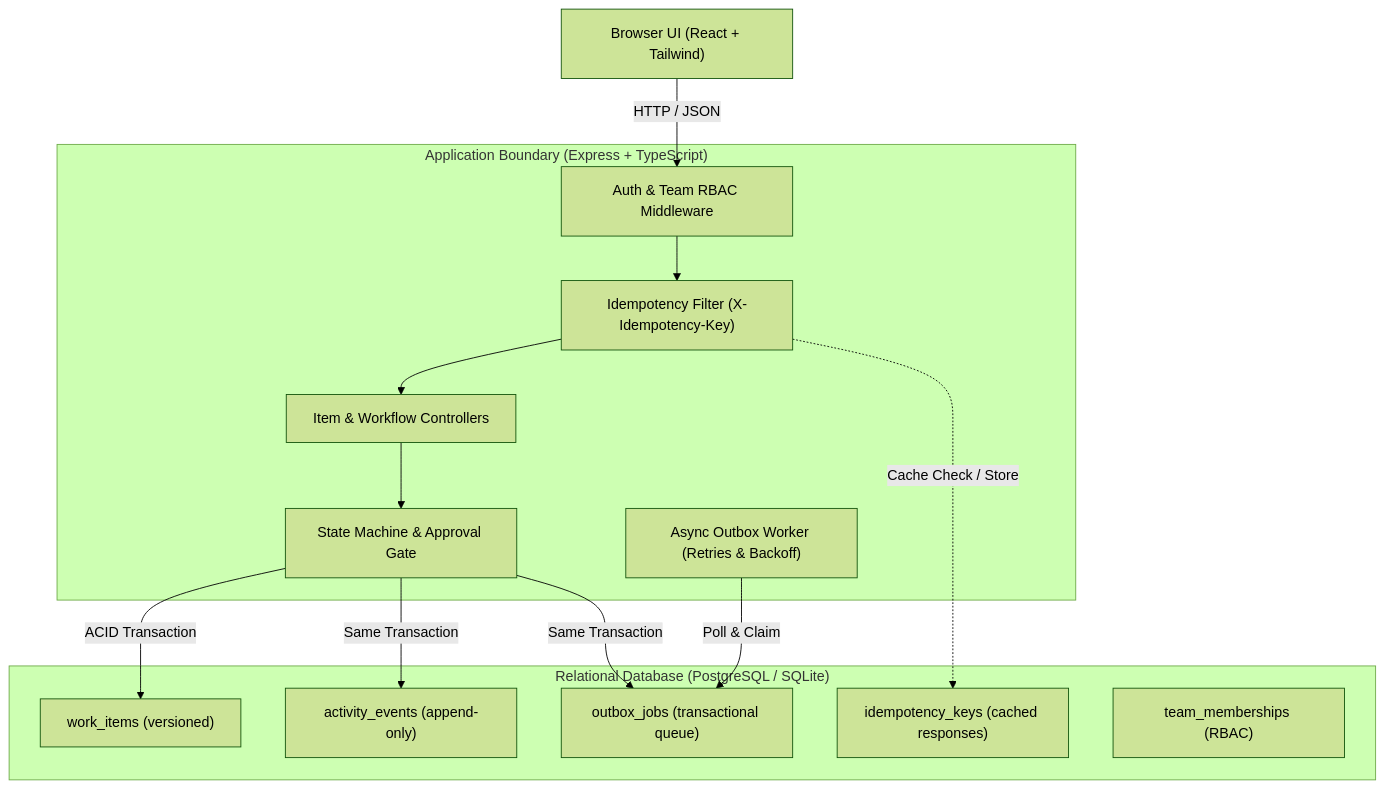
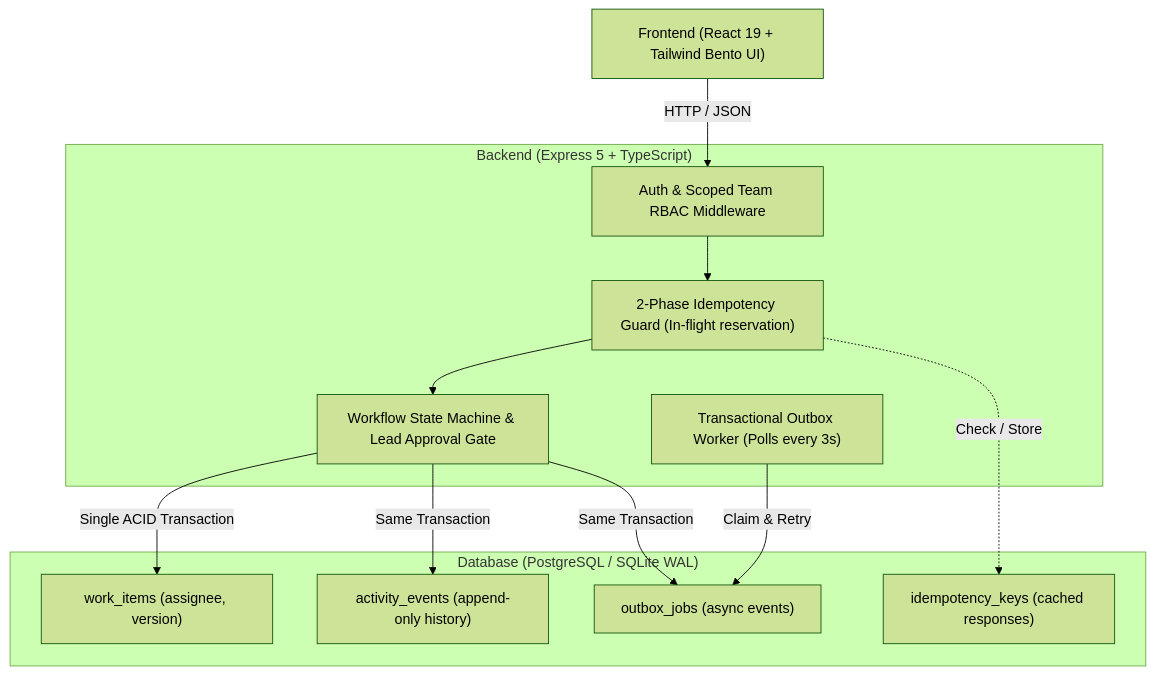
Before and after one commit to Nitin31804/newtonite-ops-23131011430: the diagram in README.md, drawn with Mermaid (forest theme). The commit also changed other lines of this file and 1 other file, not shown here.

````diff
--- a/README.md
+++ b/README.md
@@ -9,30 +13,27 @@
 ```mermaid
 flowchart TD
-    Client["Browser UI (React + Tailwind)"]
+    Client["Frontend (React 19 + Tailwind Bento UI)"]
     
-    subgraph AppServer["Application Boundary (Express + TypeScript)"]
-        AuthMiddleware["Auth & Team RBAC Middleware"]
-        IdemMiddleware["Idempotency Filter (X-Idempotency-Key)"]
-        API["Item & Workflow Controllers"]
-        StateMachine["State Machine & Approval Gate"]
-        OutboxWorker["Async Outbox Worker (Retries & Backoff)"]
+    subgraph Server["Backend (Express 5 + TypeScript)"]
+        Auth["Auth & Scoped Team RBAC Middleware"]
+        Idem["2-Phase Idempotency Guard (In-flight reservation)"]
+        StateEngine["Workflow State Machine & Lead Approval Gate"]
+        Worker["Transactional Outbox Worker (Polls every 3s)"]
     end
 
-    subgraph DataStore["Relational Database (PostgreSQL / SQLite)"]
-        WorkItems["work_items (versioned)"]
-        AuditEvents["activity_events (append-only)"]
-        IdemKeys["idempotency_keys (cached responses)"]
-        OutboxJobs["outbox_jobs (transactional queue)"]
-        Memberships["team_memberships (RBAC)"]
+    subgraph Storage["Database (PostgreSQL / SQLite WAL)"]
+        Items["work_items (assignee, version)"]
+        Audit["activity_events (append-only history)"]
+        IdemTable["idempotency_keys (cached responses)"]
+        OutboxTable["outbox_jobs (async events)"]
     end
 
-    Client -->|HTTP / JSON| AuthMiddleware
-    AuthMiddleware --> IdemMiddleware
-    IdemMiddleware --> API
-    API --> StateMachine
-    StateMachine -->|ACID Transaction| WorkItems
-    StateMachine -->|Same Transaction| AuditEvents
-    StateMachine -->|Same Transaction| OutboxJobs
-    IdemMiddleware -.->|Cache Check / Store| IdemKeys
-    OutboxWorker -->|Poll & Claim| OutboxJobs
+    Client -->|HTTP / JSON| Auth
+    Auth --> Idem
+    Idem --> StateEngine
+    StateEngine -->|Single ACID Transaction| Items
+    StateEngine -->|Same Transaction| Audit
+    StateEngine -->|Same Transaction| OutboxTable
+    Idem -.->|Check / Store| IdemTable
+    Worker -->|Claim & Retry| OutboxTable
 ```
````
